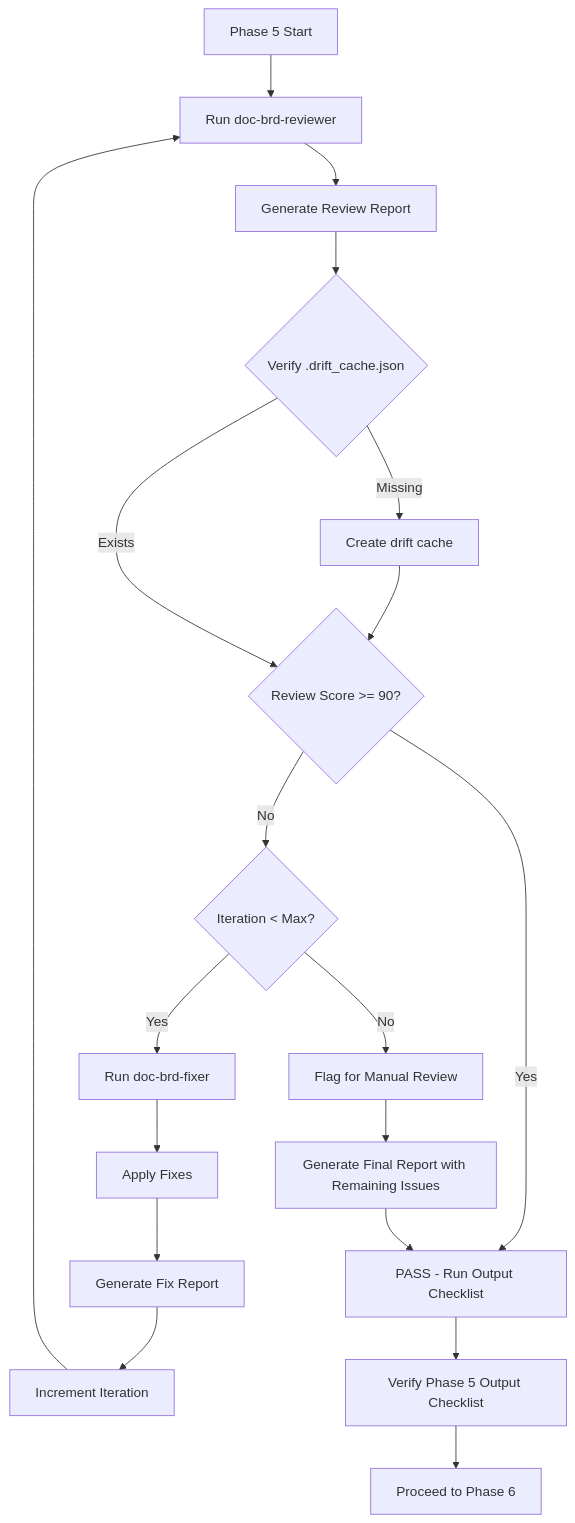
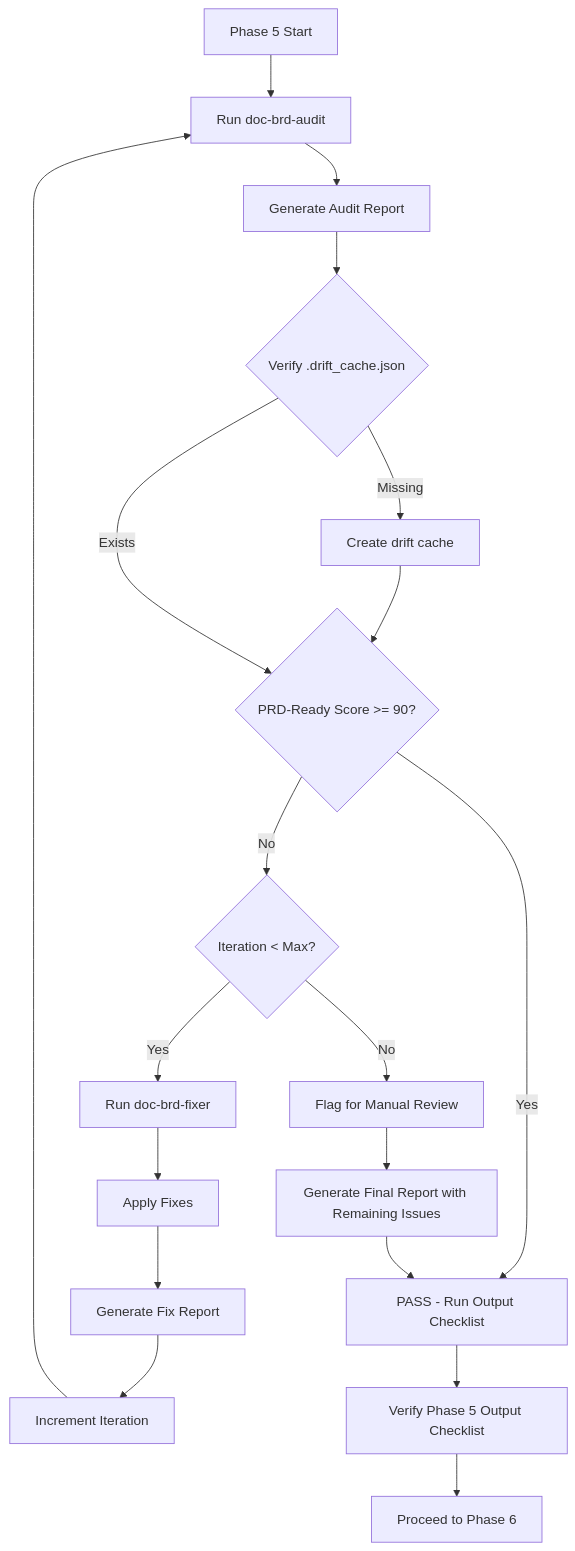
One commit to vladm3105/aidoc-flow-framework changed the second of 5 diagrams in .claude/skills/doc-brd-autopilot/SKILL.md. Above: the diagram before and after it, drawn with Mermaid. The commit also changed other lines of this file and 139 other files, not shown here.

First line of the commit message:
feat: Add UXSPEC MVP Creation Rules, Schema, and Validation Documentation

````diff
--- a/.claude/skills/doc-brd-autopilot/SKILL.md
+++ b/.claude/skills/doc-brd-autopilot/SKILL.md
@@ -958,25 +983,25 @@
 ```mermaid
 flowchart TD
-    A[Phase 5 Start] --> B[Run doc-brd-reviewer]
-    B --> C[Generate Review Report]
+    A[Phase 5 Start] --> B[Run doc-brd-audit]
+    B --> C[Generate Audit Report]
     C --> V{Verify .drift_cache.json}
     V -->|Missing| W[Create drift cache]
     W --> D
-    V -->|Exists| D{Review Score >= 90?}
+    V -->|Exists| D{PRD-Ready Score >= 90?}
 
     D -->|Yes| E[PASS - Run Output Checklist]
     D -->|No| F{Iteration < Max?}
 
     F -->|Yes| G[Run doc-brd-fixer]
     G --> H[Apply Fixes]
     H --> I[Generate Fix Report]
     I --> J[Increment Iteration]
     J --> B
 
     F -->|No| K[Flag for Manual Review]
     K --> L[Generate Final Report with Remaining Issues]
     L --> E
 
     E --> X[Verify Phase 5 Output Checklist]
     X --> Y[Proceed to Phase 6]
 ```
````
